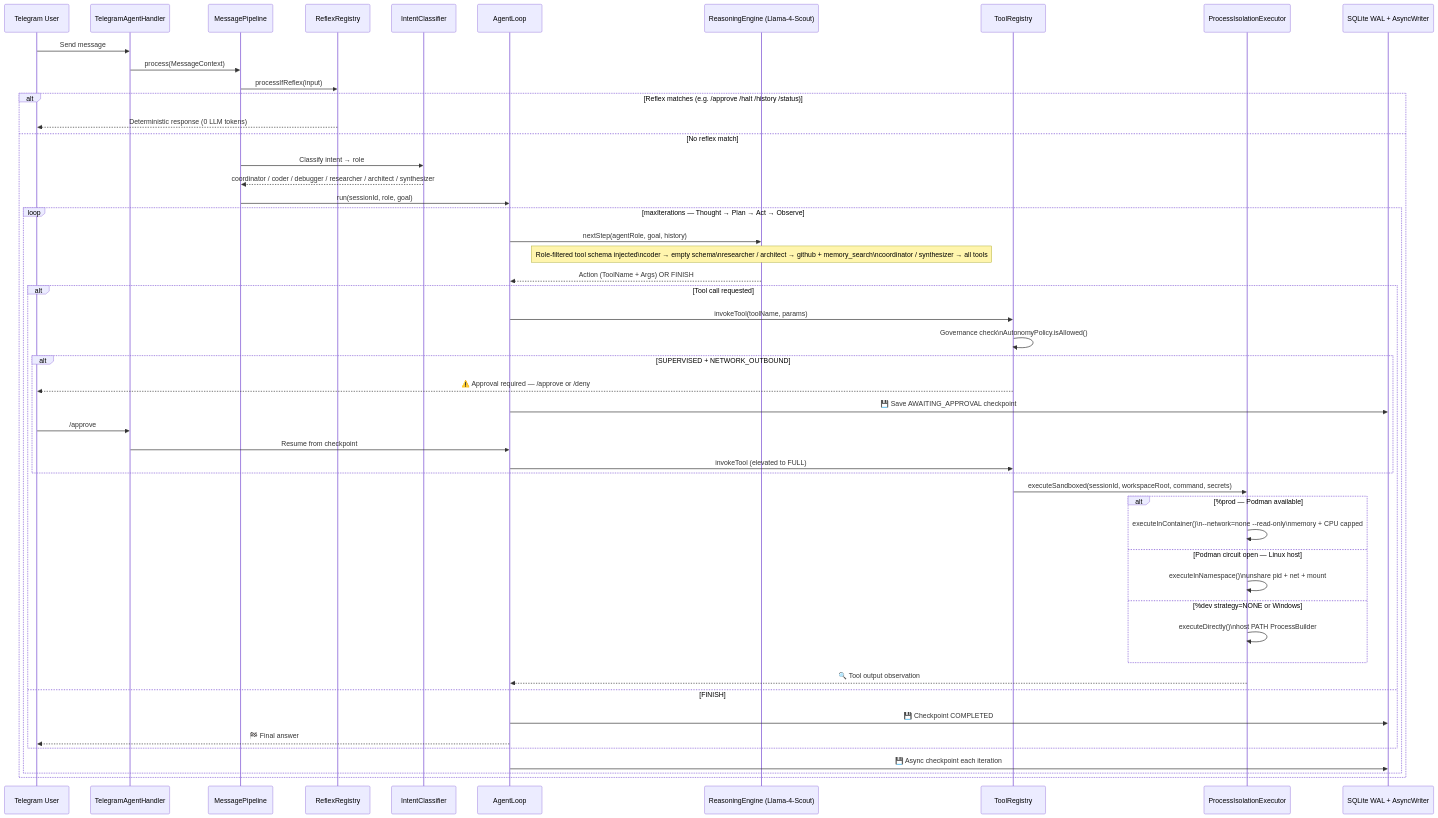
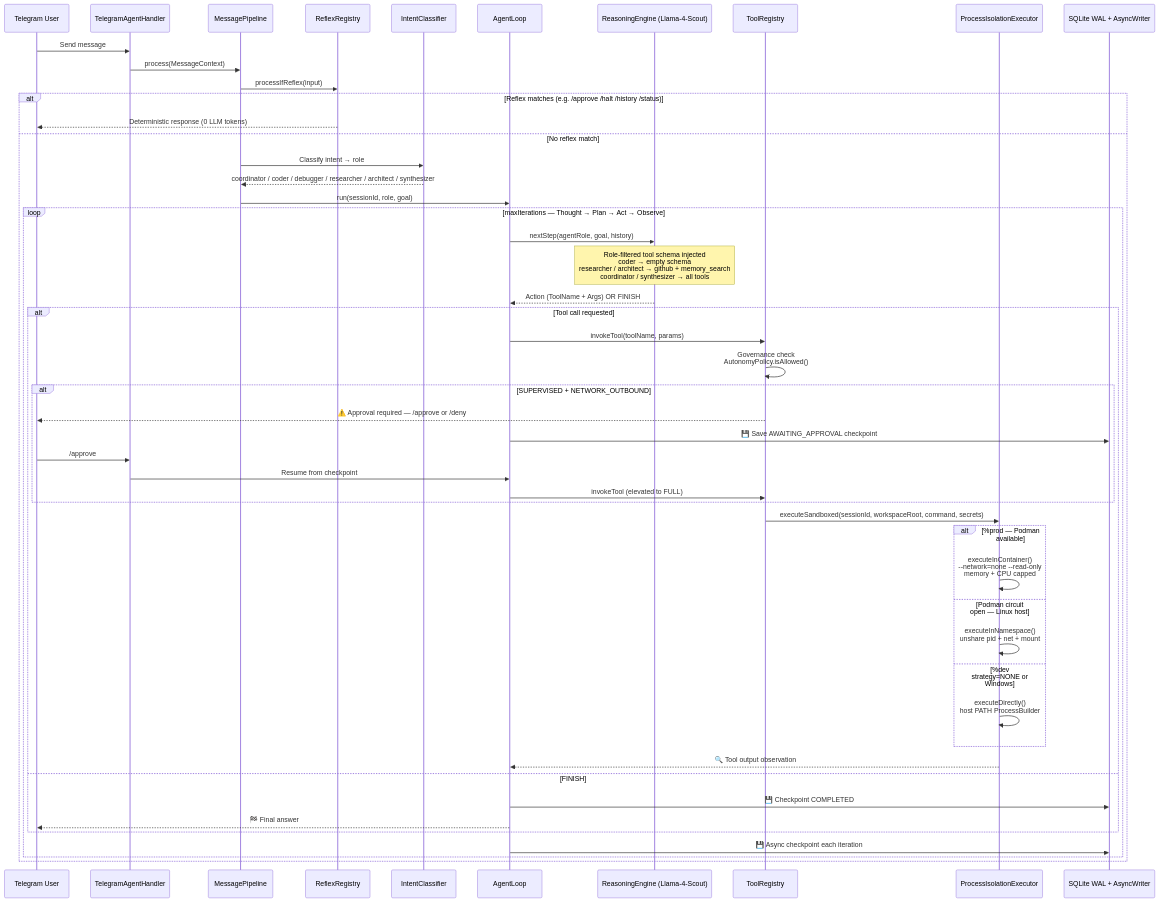
The second of 5 diagrams in README.md (rsrini7/AmshaAgent), drawn with Mermaid before and after one commit. The commit also changed other lines of this file, not shown here.

First line of the commit message:
docs: replace pipe characters with HTML breaks in Mermaid diagrams

````diff
--- a/README.md
+++ b/README.md
@@ -199,61 +199,61 @@
 ```mermaid
 sequenceDiagram
     participant T as Telegram User
     participant TH as TelegramAgentHandler
     participant PP as MessagePipeline
     participant RR as ReflexRegistry
     participant IC as IntentClassifier
     participant AL as AgentLoop
     participant LLM as ReasoningEngine (Llama-4-Scout)
     participant TR as ToolRegistry
     participant PIE as ProcessIsolationExecutor
     participant DB as SQLite WAL + AsyncWriter
 
     T->>TH: Send message
     TH->>PP: process(MessageContext)
 
     PP->>RR: processIfReflex(input)
     alt Reflex matches (e.g. /approve /halt /history /status)
         RR-->>T: Deterministic response (0 LLM tokens)
     else No reflex match
         PP->>IC: Classify intent → role
         IC-->>PP: coordinator / coder / debugger / researcher / architect / synthesizer
         PP->>AL: run(sessionId, role, goal)
 
         loop maxIterations — Thought → Plan → Act → Observe
             AL->>LLM: nextStep(agentRole, goal, history)
-            Note over LLM: Role-filtered tool schema injected\ncoder → empty schema\nresearcher / architect → github + memory_search\ncoordinator / synthesizer → all tools
+            Note over LLM: Role-filtered tool schema injected<br/>coder → empty schema<br/>researcher / architect → github + memory_search<br/>coordinator / synthesizer → all tools
             LLM-->>AL: Action (ToolName + Args) OR FINISH
 
             alt Tool call requested
                 AL->>TR: invokeTool(toolName, params)
-                TR->>TR: Governance check\nAutonomyPolicy.isAllowed()
+                TR->>TR: Governance check<br/>AutonomyPolicy.isAllowed()
 
                 alt SUPERVISED + NETWORK_OUTBOUND
                     TR-->>T: ⚠️ Approval required — /approve or /deny
                     AL->>DB: 💾 Save AWAITING_APPROVAL checkpoint
                     T->>TH: /approve
                     TH->>AL: Resume from checkpoint
                     AL->>TR: invokeTool (elevated to FULL)
                 end
 
                 TR->>PIE: executeSandboxed(sessionId, workspaceRoot, command, secrets)
 
                 alt %prod — Podman available
-                    PIE->>PIE: executeInContainer()\n--network=none --read-only\nmemory + CPU capped
+                    PIE->>PIE: executeInContainer()<br/>--network=none --read-only<br/>memory + CPU capped
                 else Podman circuit open — Linux host
-                    PIE->>PIE: executeInNamespace()\nunshare pid + net + mount
+                    PIE->>PIE: executeInNamespace()<br/>unshare pid + net + mount
                 else %dev strategy=NONE or Windows
-                    PIE->>PIE: executeDirectly()\nhost PATH ProcessBuilder
+                    PIE->>PIE: executeDirectly()<br/>host PATH ProcessBuilder
                 end
 
                 PIE-->>AL: 🔍 Tool output observation
             else FINISH
                 AL->>DB: 💾 Checkpoint COMPLETED
                 AL-->>T: 🏁 Final answer
             end
 
             AL->>DB: 💾 Async checkpoint each iteration
         end
     end
 ```
````
